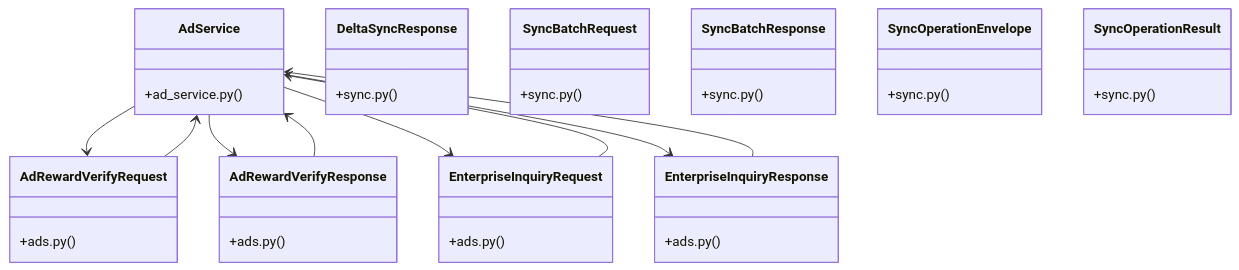
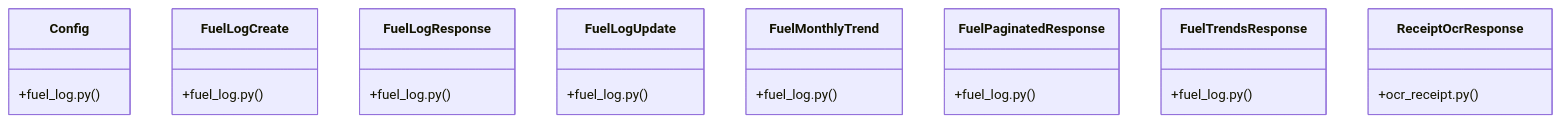
One commit to IHKodifier/veltrics changed the diagram in src/graphify-out/wiki/Community_12.md. Above: the diagram before and after it, drawn with Mermaid. The commit also changed other lines of this file and 178 other files, not shown here.

````diff
--- a/src/graphify-out/wiki/Community_12.md
+++ b/src/graphify-out/wiki/Community_12.md
@@ -36,41 +36,27 @@
 ```mermaid
 classDiagram
-    class AdService {
-        +ad_service.py()
+    class Config {
+        +fuel_log.py()
     }
-    class AdRewardVerifyRequest {
-        +ads.py()
+    class FuelLogCreate {
+        +fuel_log.py()
     }
-    class AdRewardVerifyResponse {
-        +ads.py()
+    class FuelLogResponse {
+        +fuel_log.py()
     }
-    class EnterpriseInquiryRequest {
-        +ads.py()
+    class FuelLogUpdate {
+        +fuel_log.py()
     }
-    class EnterpriseInquiryResponse {
-        +ads.py()
+    class FuelMonthlyTrend {
+        +fuel_log.py()
     }
-    class DeltaSyncResponse {
-        +sync.py()
+    class FuelPaginatedResponse {
+        +fuel_log.py()
     }
-    class SyncBatchRequest {
-        +sync.py()
+    class FuelTrendsResponse {
+        +fuel_log.py()
     }
-    class SyncBatchResponse {
-        +sync.py()
+    class ReceiptOcrResponse {
+        +ocr_receipt.py()
     }
-    class SyncOperationEnvelope {
-        +sync.py()
-    }
-    class SyncOperationResult {
-        +sync.py()
-    }
-    AdService --> AdRewardVerifyRequest
-    AdService --> AdRewardVerifyResponse
-    AdService --> EnterpriseInquiryRequest
-    AdService --> EnterpriseInquiryResponse
-    AdRewardVerifyRequest --> AdService
-    AdRewardVerifyResponse --> AdService
-    EnterpriseInquiryRequest --> AdService
-    EnterpriseInquiryResponse --> AdService
 ```
````
